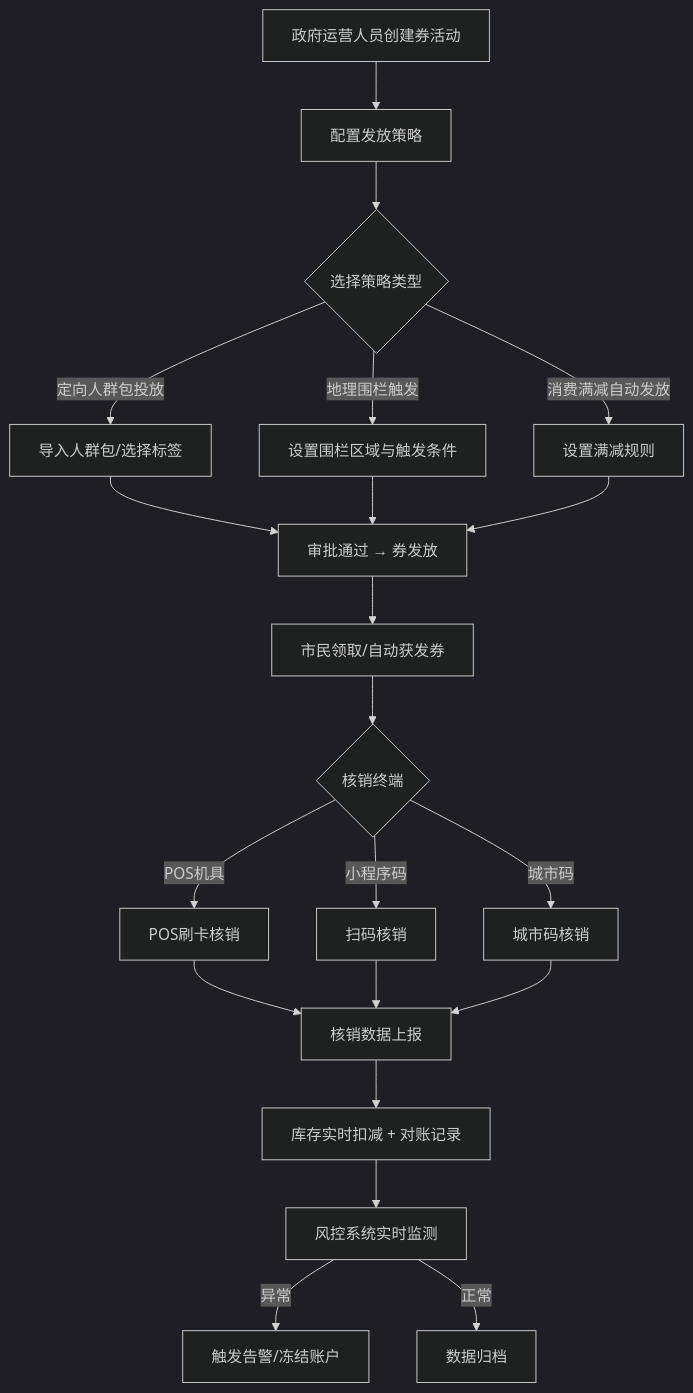
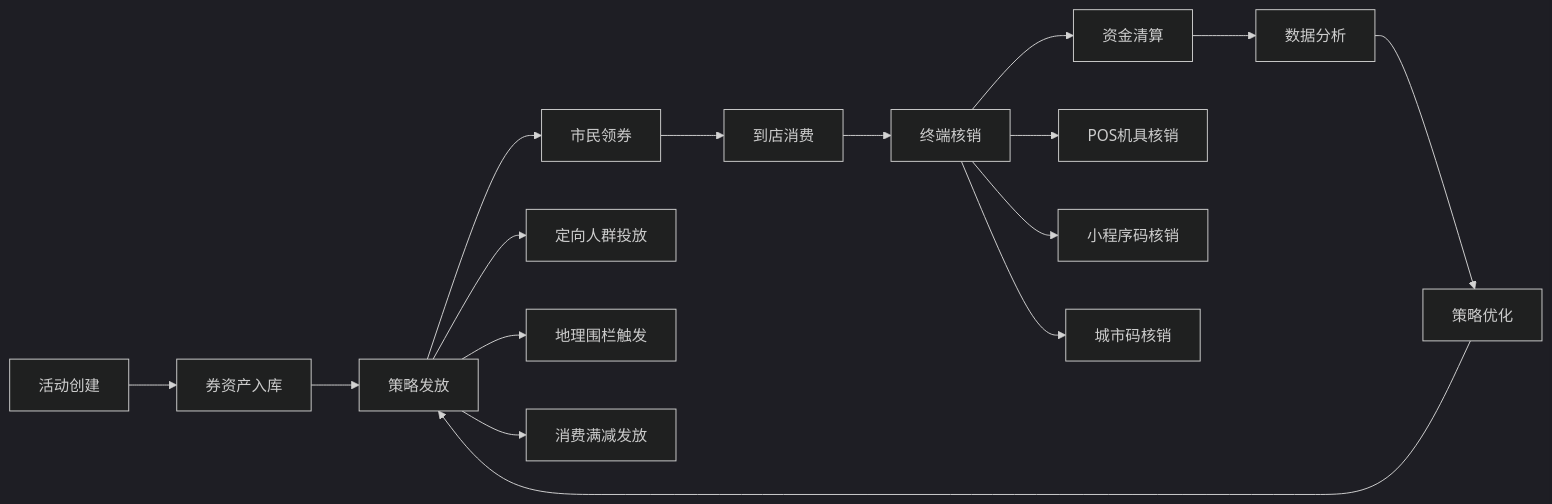
One commit to ccpen199/Trae-solo changed the first of 2 diagrams in .trae/documents/prd.md. Above: the diagram before and after it, drawn with Mermaid (dark theme). The commit also changed other lines of this file and 240 other files, not shown here.

````diff
--- a/.trae/documents/prd.md
+++ b/.trae/documents/prd.md
@@ -60,23 +49,20 @@
 ```mermaid
-flowchart TD
-    A["政府运营人员创建券活动"] --> B["配置发放策略"]
-    B --> C{"选择策略类型"}
-    C -->|"定向人群包投放"| D["导入人群包/选择标签"]
-    C -->|"地理围栏触发"| E["设置围栏区域与触发条件"]
-    C -->|"消费满减自动发放"| F["设置满减规则"]
-    D --> G["审批通过 → 券发放"]
-    E --> G
-    F --> G
-    G --> H["市民领取/自动获发券"]
-    H --> I{"核销终端"}
-    I -->|"POS机具"| J["POS刷卡核销"]
-    I -->|"小程序码"| K["扫码核销"]
-    I -->|"城市码"| L["城市码核销"]
-    J --> M["核销数据上报"]
-    K --> M
-    L --> M
-    M --> N["库存实时扣减 + 对账记录"]
-    N --> O["风控系统实时监测"]
-    O -->|"异常"| P["触发告警/冻结账户"]
-    O -->|"正常"| Q["数据归档"]
+flowchart LR
+    A["活动创建"] --> B["券资产入库"]
+    B --> C["策略发放"]
+    C --> D["市民领券"]
+    D --> E["到店消费"]
+    E --> F["终端核销"]
+    F --> G["资金清算"]
+    G --> H["数据分析"]
+    H --> I["策略优化"]
+    I --> C
+    
+    C --> C1["定向人群投放"]
+    C --> C2["地理围栏触发"]
+    C --> C3["消费满减发放"]
+    
+    F --> F1["POS机具核销"]
+    F --> F2["小程序码核销"]
+    F --> F3["城市码核销"]
 ```
````
